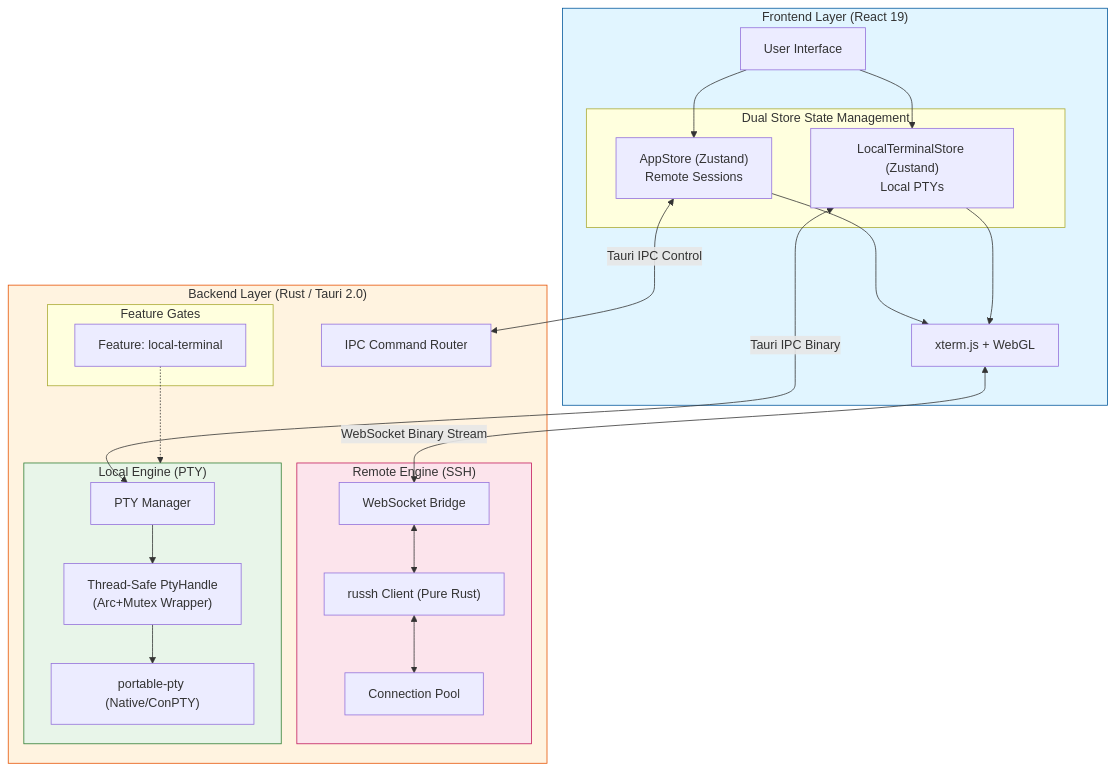
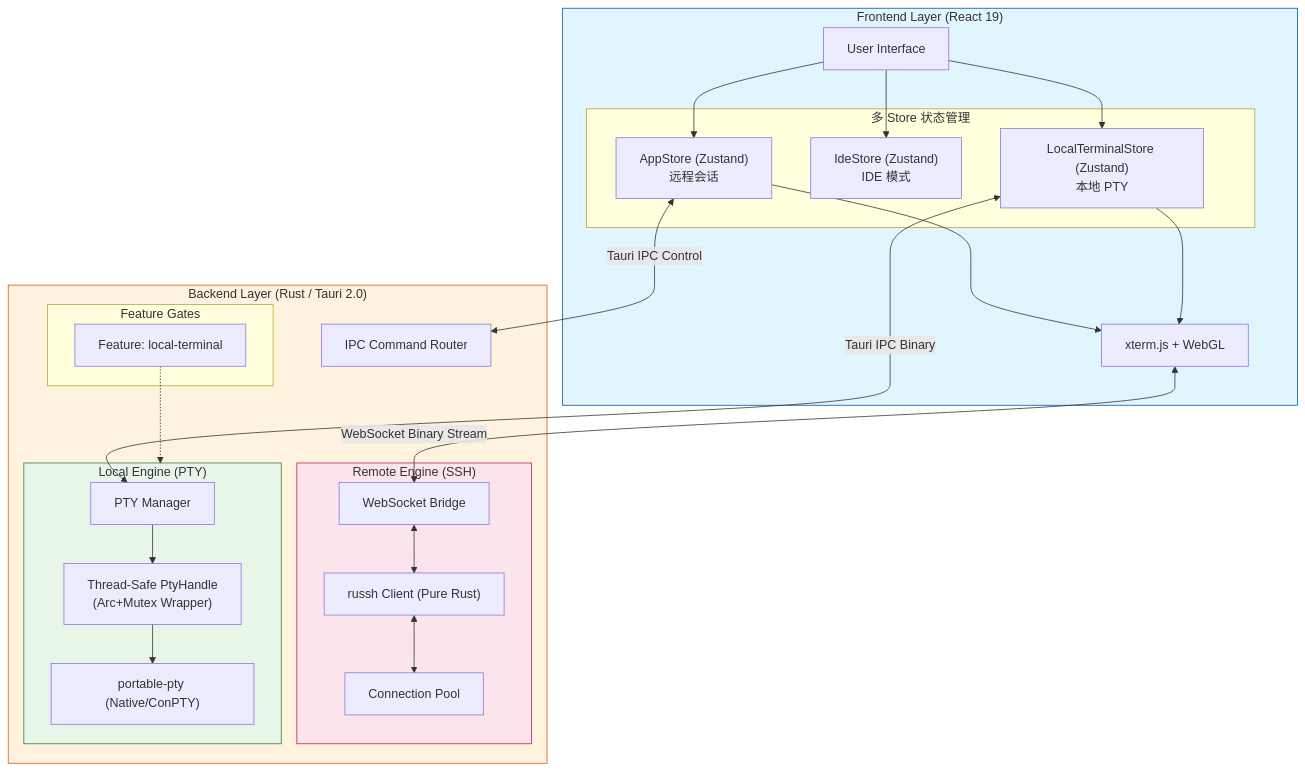
One commit to AnalyseDeCircuit/OxideTerm changed the diagram in README.zh-CN.md. Above: the diagram before and after it, drawn with Mermaid. The commit also changed other lines of this file and 6 other files, not shown here.

First line of the commit message:
chore: update architecture documentation and version to v1.3.2

````diff
--- a/README.zh-CN.md
+++ b/README.zh-CN.md
@@ -54,53 +55,55 @@
 ```mermaid
 flowchart TB
     subgraph Frontend ["Frontend Layer (React 19)"]
         UI[User Interface]
         
-        subgraph Stores ["Dual Store State Management"]
-            RemoteStore["AppStore (Zustand)<br/>Remote Sessions"]
-            LocalStore["LocalTerminalStore (Zustand)<br/>Local PTYs"]
+        subgraph Stores ["多 Store 状态管理"]
+            RemoteStore["AppStore (Zustand)<br/>远程会话"]
+            IdeStore["IdeStore (Zustand)<br/>IDE 模式"]
+            LocalStore["LocalTerminalStore (Zustand)<br/>本地 PTY"]
         end
         
         Terminal["xterm.js + WebGL"]
         
         UI --> RemoteStore
+        UI --> IdeStore
         UI --> LocalStore
         RemoteStore --> Terminal
         LocalStore --> Terminal
     end
 
     subgraph Backend ["Backend Layer (Rust / Tauri 2.0)"]
         Router["IPC Command Router"]
         
         subgraph Features ["Feature Gates"]
             LocalFeat["Feature: local-terminal"]
         end
 
         subgraph RemoteEngine ["Remote Engine (SSH)"]
             WS["WebSocket Bridge"]
             SSH["russh Client (Pure Rust)"]
             Pool["Connection Pool"]
         end
 
         subgraph LocalEngine ["Local Engine (PTY)"]
             PtyMgr["PTY Manager"]
             PtyHandle["Thread-Safe PtyHandle<br/>(Arc+Mutex Wrapper)"]
             NativePTY["portable-pty (Native/ConPTY)"]
         end
     end
 
     %% Data Flows
     LocalStore <-->|Tauri IPC Binary| PtyMgr
     PtyMgr --> PtyHandle --> NativePTY
     
     RemoteStore <-->|Tauri IPC Control| Router
     Terminal <-->|WebSocket Binary Stream| WS
     WS <--> SSH <--> Pool
     
     LocalFeat -.-> LocalEngine
     
     style Frontend fill:#e1f5ff,stroke:#01579b
     style Backend fill:#fff3e0,stroke:#e65100
     style LocalEngine fill:#e8f5e9,stroke:#2e7d32
     style RemoteEngine fill:#fce4ec,stroke:#c2185b
 ```
````
